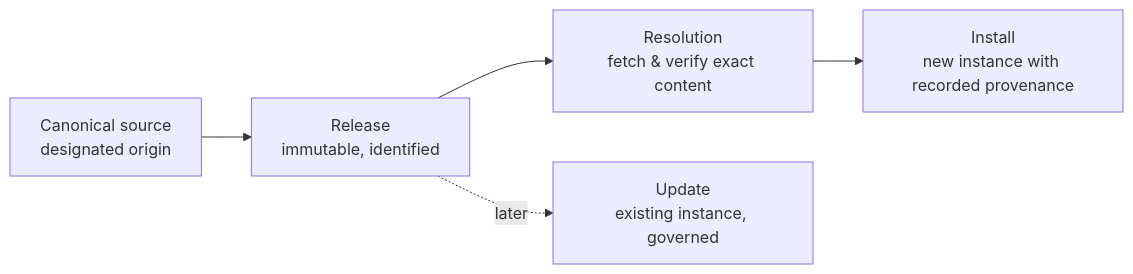
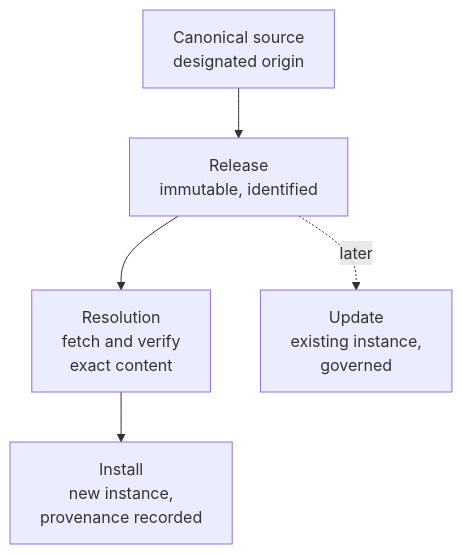
The diagram in assets/diagrams/src/paper/stateware-whitepaper-candidate-v1-2-04.mmd (lennertvhoy/StatePort-Site), drawn with Mermaid before and after one commit. The commit also changed 15 other files, not shown here.

First line of the commit message:
papers: phone-readable static diagrams for the earlier 1.2 draft; keep Publication note label

```diff
--- a/assets/diagrams/src/paper/stateware-whitepaper-candidate-v1-2-04.mmd
+++ b/assets/diagrams/src/paper/stateware-whitepaper-candidate-v1-2-04.mmd
@@ -1,5 +1,7 @@
-flowchart LR
-    SRC[Canonical source<br/>designated origin] --> REL[Release<br/>immutable, identified]
-    REL --> RES[Resolution<br/>fetch & verify exact content]
-    RES --> INS[Install<br/>new instance with recorded provenance]
-    REL -.->|later| UPG[Update<br/>existing instance, governed]
+flowchart TB
+    accTitle: From a designated source to an installed instance
+    accDescr: A canonical source, the designated origin of an application, produces an immutable, identified release. Installation resolves that release by fetching and verifying its exact content and creates a new instance with recorded provenance. Later, the release can be used to update an existing instance under governance.
+    SRC["Canonical source<br/>designated origin"] --> REL["Release<br/>immutable, identified"]
+    REL --> RES["Resolution<br/>fetch and verify<br/>exact content"]
+    RES --> INS["Install<br/>new instance,<br/>provenance recorded"]
+    REL -.->|"later"| UPG["Update<br/>existing instance,<br/>governed"]
```
